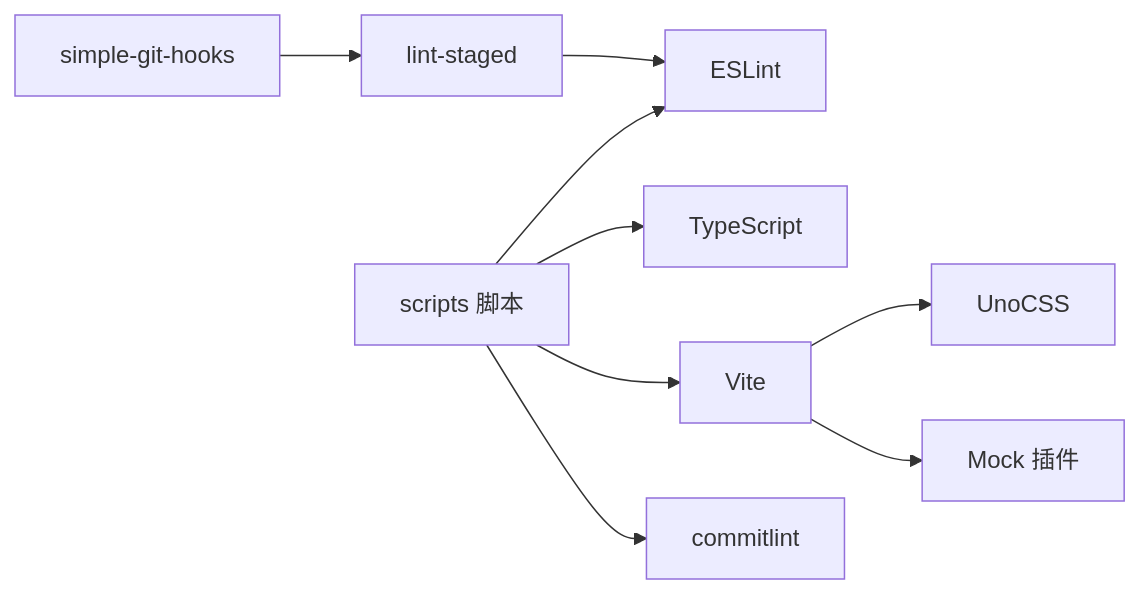
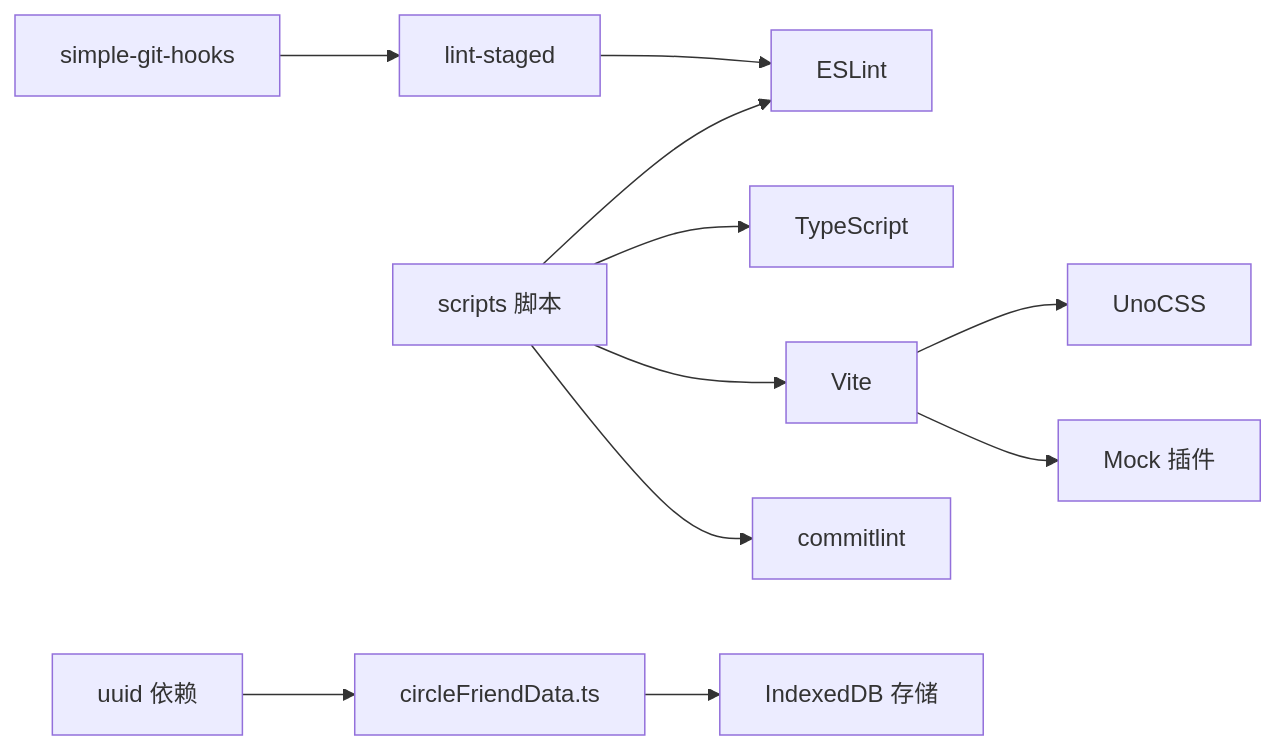
Before and after one commit to giserman001/vue3-vant4-mobile: the ninth of 9 diagrams in .qoder/repowiki/zh/content/开发工具与规范/开发工具与规范.md, drawn with Mermaid. The commit also changed other lines of this file and 60 other files, not shown here.

````diff
--- a/.qoder/repowiki/zh/content/开发工具与规范/开发工具与规范.md
+++ b/.qoder/repowiki/zh/content/开发工具与规范/开发工具与规范.md
@@ -288,11 +330,13 @@
 ```mermaid
 graph LR
 Scripts["scripts 脚本"] --> ESL["ESLint"]
 Scripts --> TS["TypeScript"]
 Scripts --> Vite["Vite"]
 Scripts --> CL["commitlint"]
 Hooks["simple-git-hooks"] --> LS["lint-staged"]
 LS --> ESL
 Vite --> Uno["UnoCSS"]
 Vite --> Mock["Mock 插件"]
+UUID["uuid 依赖"] --> CF["circleFriendData.ts"]
+CF --> DB["IndexedDB 存储"]
 ```
````
